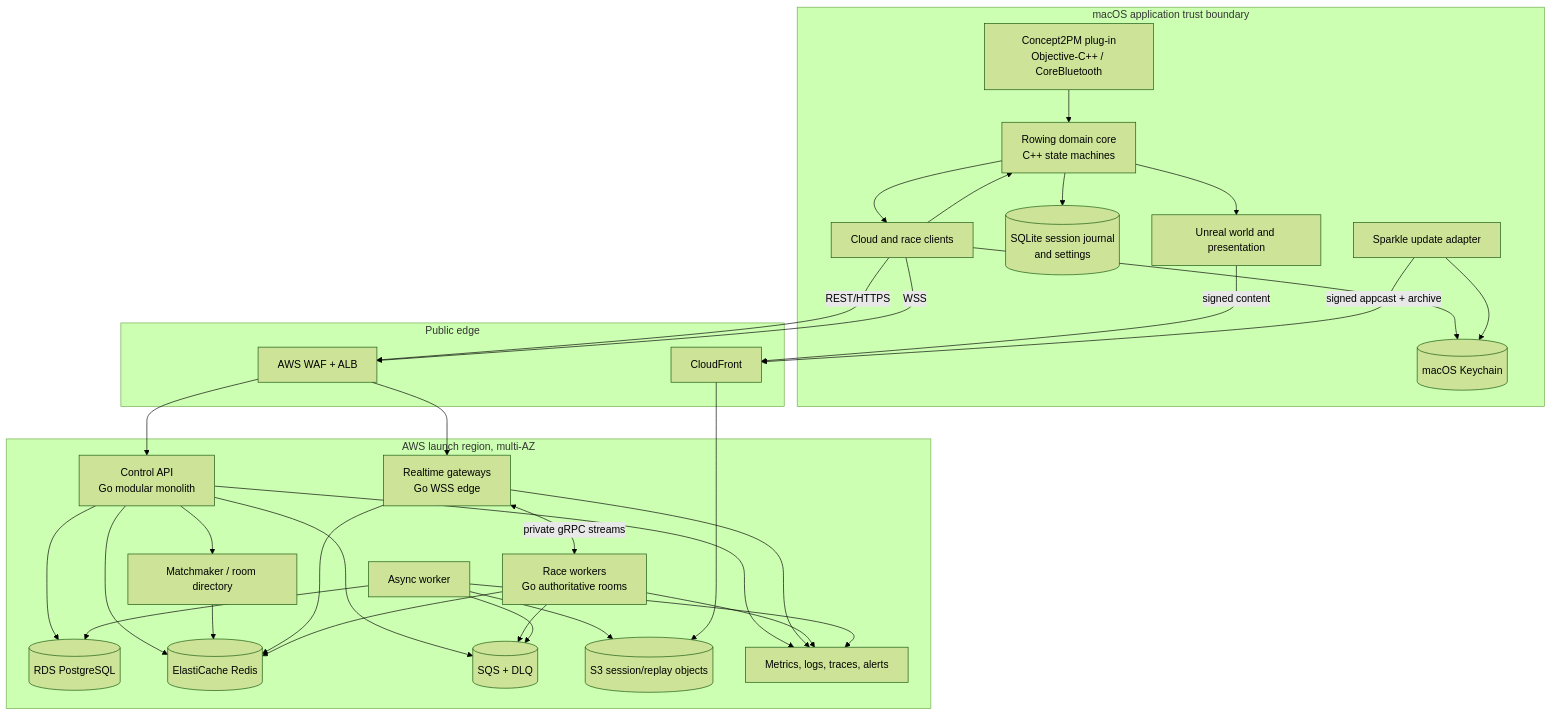
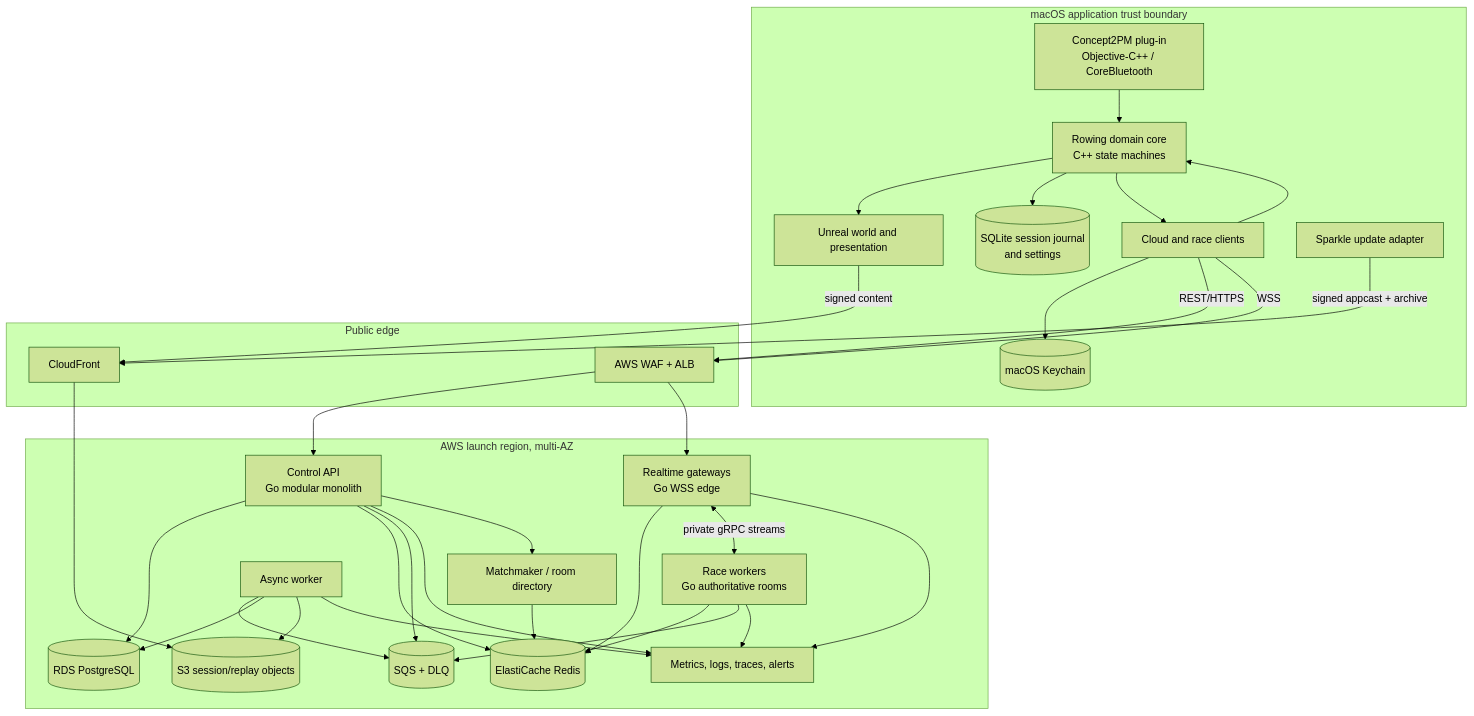
One commit to pastry-personal5/virtual-indoor-rowing changed the second of 4 diagrams in docs/architecture/02-system-architecture.md. Above: the diagram before and after it, drawn with Mermaid (forest theme). The commit also changed other lines of this file and 8 other files, not shown here.

````diff
--- a/docs/architecture/02-system-architecture.md
+++ b/docs/architecture/02-system-architecture.md
@@ -37,61 +37,60 @@
 ```mermaid
 flowchart TB
     subgraph Mac[macOS application trust boundary]
         CB[Concept2PM plug-in\nObjective-C++ / CoreBluetooth]
         Core[Rowing domain core\nC++ state machines]
         Game[Unreal world and presentation]
         Store[(SQLite session journal\nand settings)]
         Keychain[(macOS Keychain)]
         Net[Cloud and race clients]
         Update[Sparkle update adapter]
         CB --> Core
         Core --> Game
         Core --> Store
         Net --> Core
         Core --> Net
         Net --> Keychain
-        Update --> Keychain
     end
 
     subgraph Edge[Public edge]
         WAF[AWS WAF + ALB]
         CloudFront[CloudFront]
     end
 
     subgraph AWS[AWS launch region, multi-AZ]
         API[Control API\nGo modular monolith]
         Match[Matchmaker / room directory]
         Gateway[Realtime gateways\nGo WSS edge]
         Race[Race workers\nGo authoritative rooms]
         Worker[Async worker]
         PG[(RDS PostgreSQL)]
         Redis[(ElastiCache Redis)]
         Queue[(SQS + DLQ)]
         Objects[(S3 session/replay objects)]
         Obs[Metrics, logs, traces, alerts]
         API --> PG
         API --> Redis
         API --> Queue
         Match --> Redis
         Gateway --> Redis
         Gateway <-->|private gRPC streams| Race
         Race --> Redis
         Race --> Queue
         Worker --> Queue
         Worker --> PG
         Worker --> Objects
         API --> Obs
         Gateway --> Obs
         Race --> Obs
         Worker --> Obs
     end
 
     Net -->|REST/HTTPS| WAF
     Net -->|WSS| WAF
     WAF --> API
     WAF --> Gateway
     API --> Match
     CloudFront --> Objects
     Game -->|signed content| CloudFront
     Update -->|signed appcast + archive| CloudFront
 ```
````
